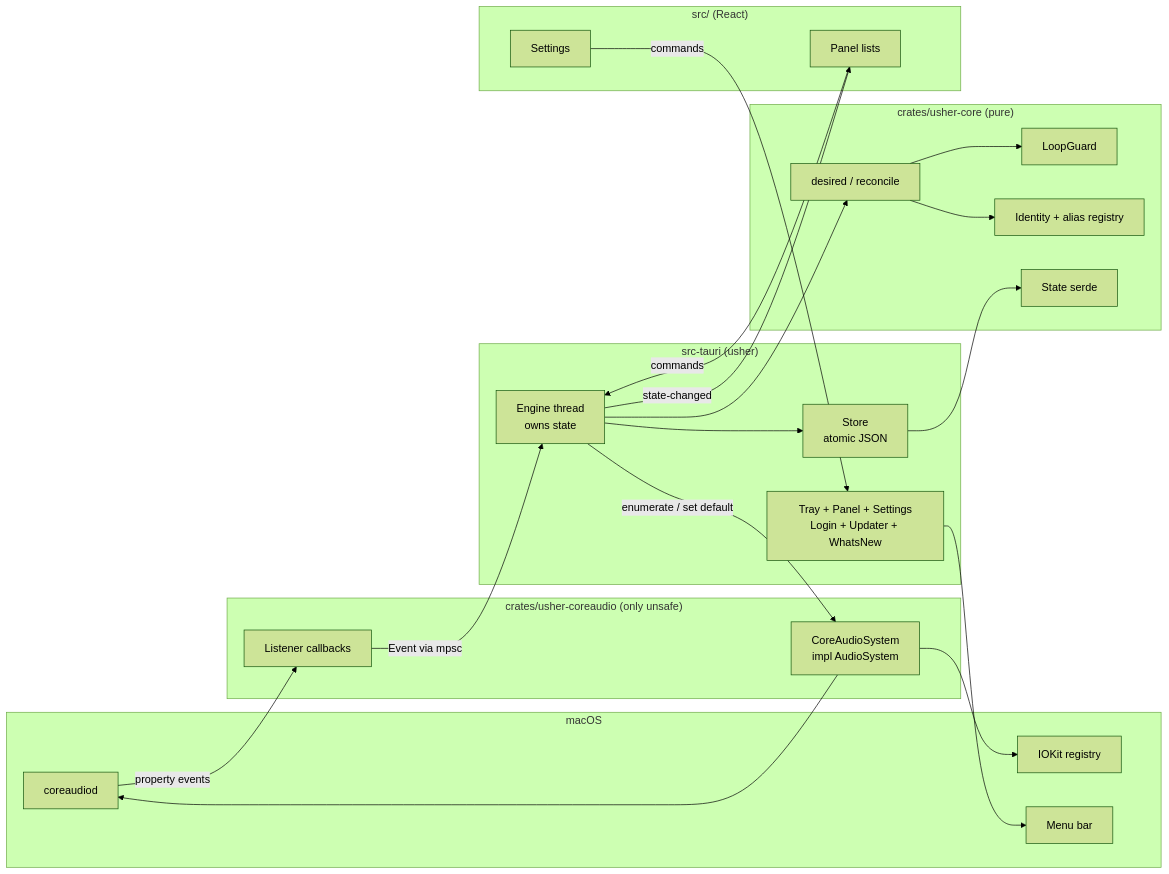
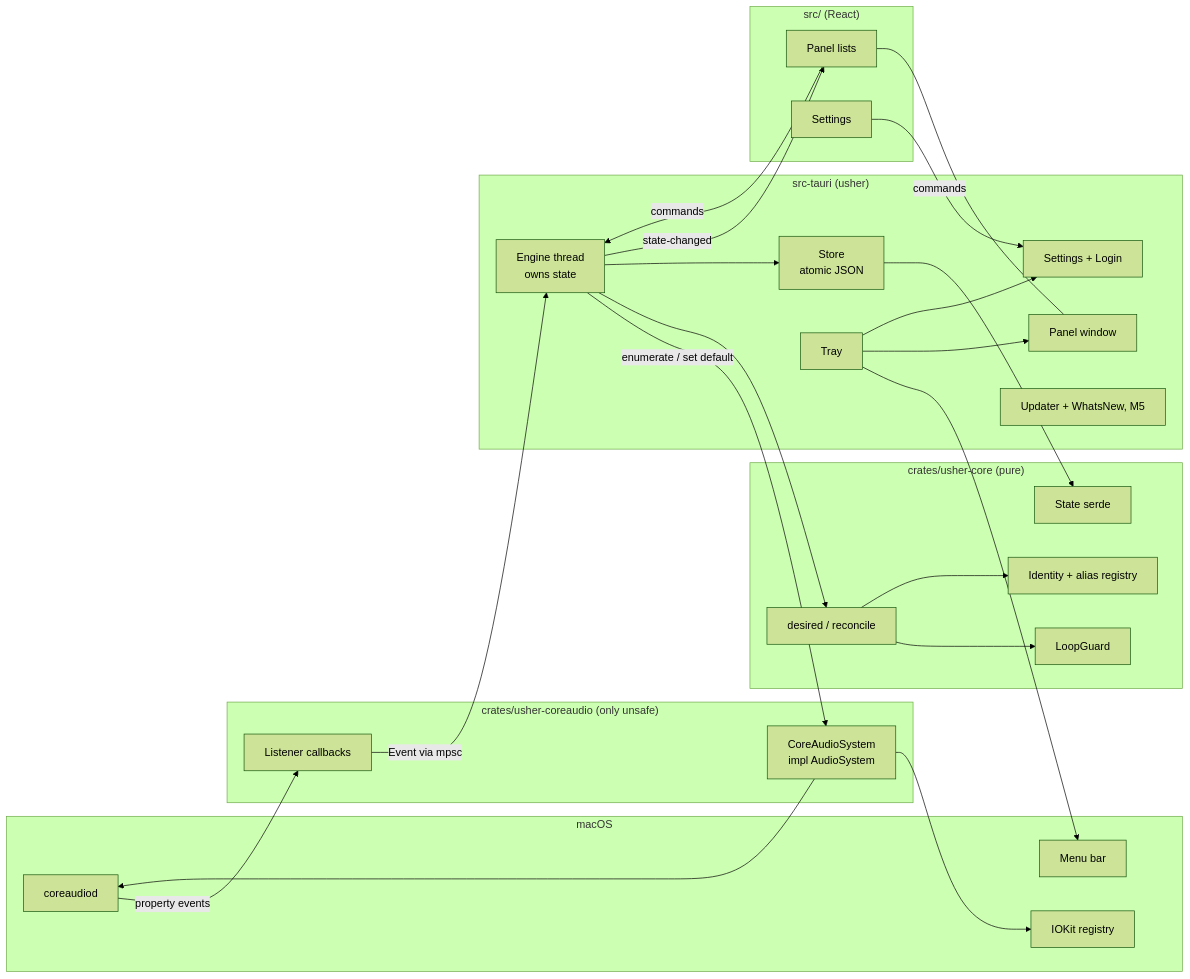
The first of 5 diagrams in docs/architecture/overview.md (cef62/usher), drawn with Mermaid (forest theme) before and after one commit. The commit also changed other lines of this file and 58 other files, not shown here.

First line of the commit message:
feat: M4 panel and settings (tray panel, Settings window, login item) (#4)

````diff
--- a/docs/architecture/overview.md
+++ b/docs/architecture/overview.md
@@ -7,46 +7,52 @@
 ```mermaid
 flowchart LR
   subgraph macOS
     CA[coreaudiod]
     IOK[IOKit registry]
     TRAY[Menu bar]
   end
 
   subgraph coreaudio["crates/usher-coreaudio (only unsafe)"]
     SYS[CoreAudioSystem<br/>impl AudioSystem]
     LIS[Listener callbacks]
   end
 
   subgraph core["crates/usher-core (pure)"]
     POL[desired / reconcile]
     GUARD[LoopGuard]
     ID[Identity + alias registry]
     ST[State serde]
   end
 
   subgraph app["src-tauri (usher)"]
     ENG[Engine thread<br/>owns state]
     STORE[Store<br/>atomic JSON]
-    SHELL[Tray + Panel + Settings<br/>Login + Updater + WhatsNew]
+    TRAYW[Tray]
+    PW[Panel window]
+    SL[Settings + Login]
+    UPD[Updater + WhatsNew, M5]
   end
 
   subgraph ui["src/ (React)"]
     PANEL[Panel lists]
     SET[Settings]
   end
 
   CA -- property events --> LIS
   LIS -- Event via mpsc --> ENG
   ENG -- enumerate / set default --> SYS
   SYS --> CA
   SYS --> IOK
   ENG --> POL
   POL --> GUARD
   POL --> ID
   ENG --> STORE
   STORE --> ST
   ENG -- state-changed --> PANEL
   PANEL -- commands --> ENG
-  SHELL --> TRAY
-  SET -- commands --> SHELL
+  TRAYW --> TRAY
+  TRAYW --> PW
+  TRAYW --> SL
+  PANEL --- PW
+  SET -- commands --> SL
 ```
````
